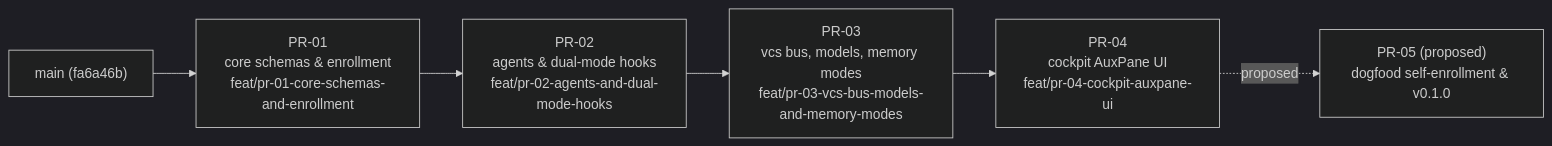
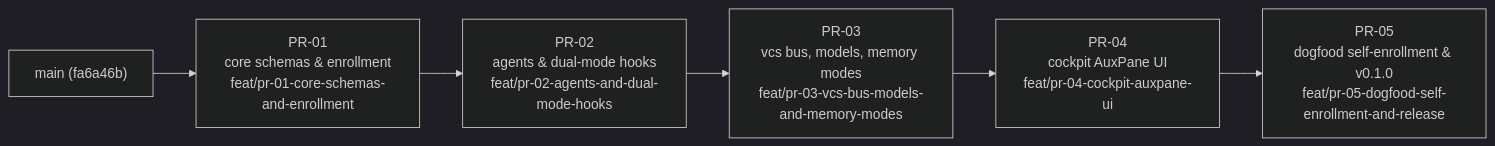
The diagram in .agents/skills/principal-architect-workspace/programme-principal-architect-plugin/PROGRAM-PLAN.md (cblabs-org/principal-architect-plugin), drawn with Mermaid (dark theme) before and after one commit. The commit also changed other lines of this file and 2 other files, not shown here.

````diff
--- a/.agents/skills/principal-architect-workspace/programme-principal-architect-plugin/PROGRAM-PLAN.md
+++ b/.agents/skills/principal-architect-workspace/programme-principal-architect-plugin/PROGRAM-PLAN.md
@@ -7,8 +7,8 @@
 ```mermaid
 flowchart LR
     main["main (fa6a46b)"] --> PR01["PR-01<br/>core schemas & enrollment<br/>feat/pr-01-core-schemas-and-enrollment"]
     PR01 --> PR02["PR-02<br/>agents & dual-mode hooks<br/>feat/pr-02-agents-and-dual-mode-hooks"]
     PR02 --> PR03["PR-03<br/>vcs bus, models, memory modes<br/>feat/pr-03-vcs-bus-models-and-memory-modes"]
     PR03 --> PR04["PR-04<br/>cockpit AuxPane UI<br/>feat/pr-04-cockpit-auxpane-ui"]
-    PR04 -.proposed.-> PR05["PR-05 (proposed)<br/>dogfood self-enrollment & v0.1.0"]
+    PR04 --> PR05["PR-05<br/>dogfood self-enrollment & v0.1.0<br/>feat/pr-05-dogfood-self-enrollment-and-release"]
 ```
````
